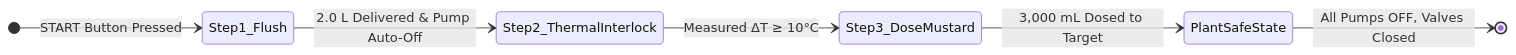
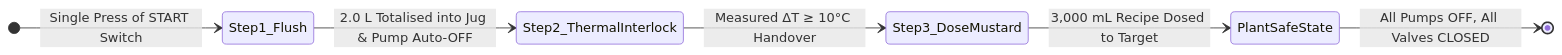
One commit to Sonalhegde/LAM-FINAL changed the second of 4 diagrams in README.md. Above: the diagram before and after it, drawn with Mermaid. The commit also changed other lines of this file and 15 other files, not shown here.

````diff
--- a/README.md
+++ b/README.md
@@ -113,9 +102,9 @@
 ```mermaid
 stateDiagram-v2
     direction LR
-    [*] --> Step1_Flush: START Button Pressed
-    Step1_Flush --> Step2_ThermalInterlock: 2.0 L Delivered & Pump Auto-Off
-    Step2_ThermalInterlock --> Step3_DoseMustard: Measured ΔT ≥ 10°C
-    Step3_DoseMustard --> PlantSafeState: 3,000 mL Dosed to Target
-    PlantSafeState --> [*]: All Pumps OFF, Valves Closed
+    [*] --> Step1_Flush: Single Press of START Switch
+    Step1_Flush --> Step2_ThermalInterlock: 2.0 L Totalised into Jug & Pump Auto-OFF
+    Step2_ThermalInterlock --> Step3_DoseMustard: Measured ΔT ≥ 10°C Handover
+    Step3_DoseMustard --> PlantSafeState: 3,000 mL Recipe Dosed to Target
+    PlantSafeState --> [*]: All Pumps OFF, All Valves CLOSED
 ```
````
